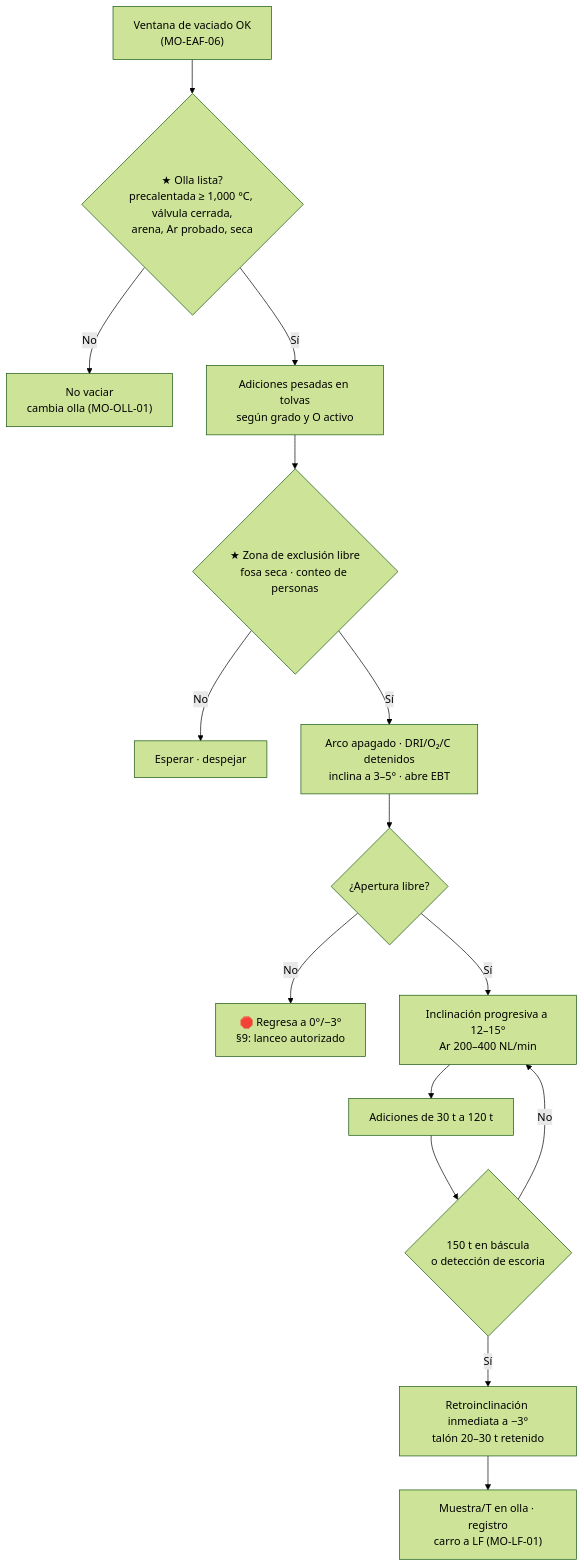
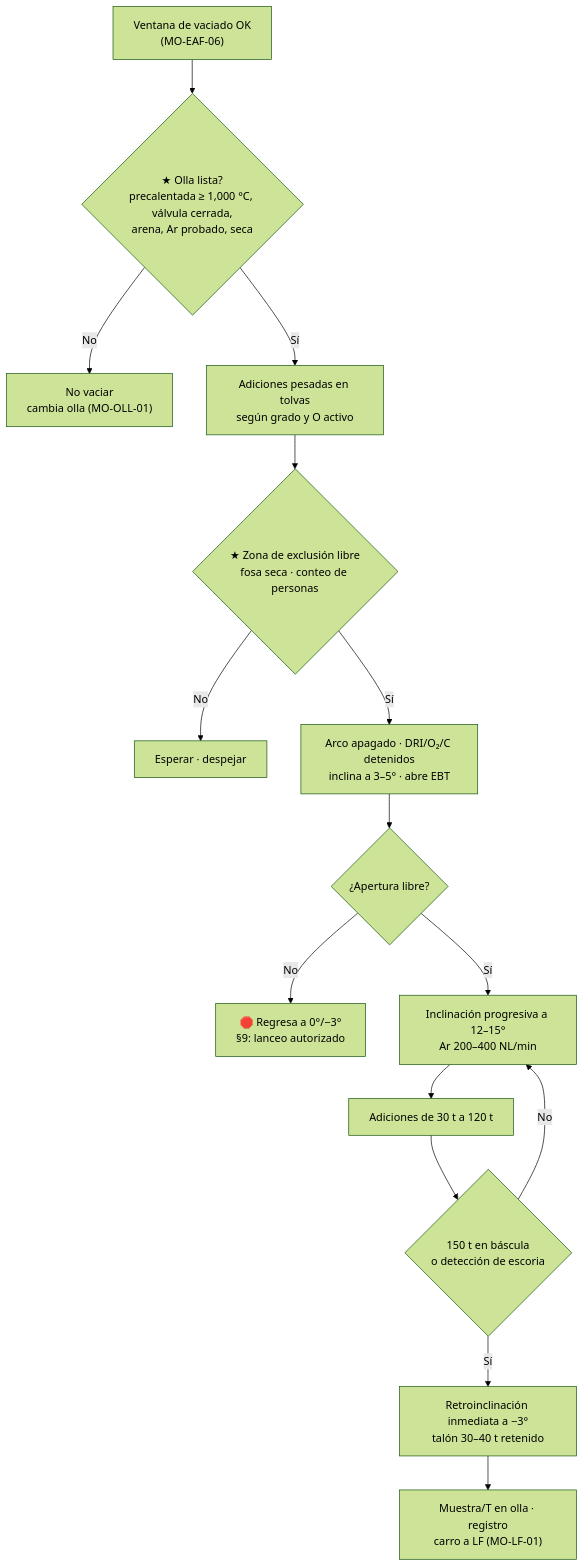
Before and after one commit to diegocardonaguzman03-maker/HR: the diagram in 10-plantas/01-steelmaking/02-operacion/eaf/MO-EAF-07-vaciado-ebt-adiciones.md, drawn with Mermaid (forest theme). The commit also changed other lines of this file and 21 other files, not shown here.

````diff
--- a/10-plantas/01-steelmaking/02-operacion/eaf/MO-EAF-07-vaciado-ebt-adiciones.md
+++ b/10-plantas/01-steelmaking/02-operacion/eaf/MO-EAF-07-vaciado-ebt-adiciones.md
@@ -34,17 +34,17 @@
 ```mermaid
 flowchart TD
     A["Ventana de vaciado OK<br/>(MO-EAF-06)"] --> B{"★ Olla lista?<br/>precalentada ≥ 1,000 °C, válvula cerrada,<br/>arena, Ar probado, seca"}
     B -- "No" --> X["No vaciar<br/>cambia olla (MO-OLL-01)"]
     B -- "Sí" --> C["Adiciones pesadas en tolvas<br/>según grado y O activo"]
     C --> D{"★ Zona de exclusión libre<br/>fosa seca · conteo de personas"}
     D -- "No" --> Y["Esperar · despejar"]
     D -- "Sí" --> E["Arco apagado · DRI/O₂/C detenidos<br/>inclina a 3–5° · abre EBT"]
     E --> F{"¿Apertura libre?"}
     F -- "No" --> G["🛑 Regresa a 0°/−3°<br/>§9: lanceo autorizado"]
     F -- "Sí" --> H["Inclinación progresiva a 12–15°<br/>Ar 200–400 NL/min"]
     H --> I["Adiciones de 30 t a 120 t"]
     I --> J{"150 t en báscula<br/>o detección de escoria"}
     J -- "No" --> H
-    J -- "Sí" --> K["Retroinclinación inmediata a −3°<br/>talón 20–30 t retenido"]
+    J -- "Sí" --> K["Retroinclinación inmediata a −3°<br/>talón 30–40 t retenido"]
     K --> L["Muestra/T en olla · registro<br/>carro a LF (MO-LF-01)"]
 ```
````
